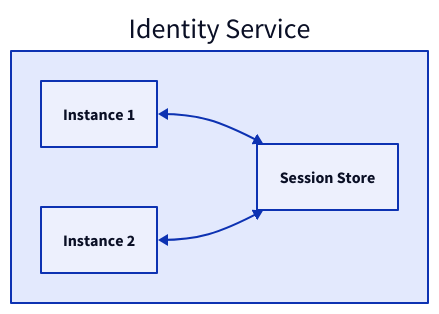
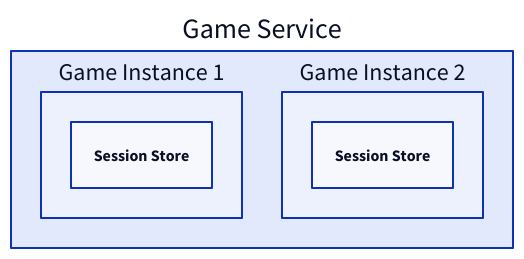
Before and after one commit to link1905/system-design-101: the third of 26 diagrams in content/docs/system-administration/system-protection/iam.md, drawn with D2. The commit also changed other lines of this file and 21 other files, not shown here.

````diff
--- a/content/docs/system-administration/system-protection/iam.md
+++ b/content/docs/system-administration/system-protection/iam.md
@@ -67,17 +85,14 @@
 ```d2
-direction: right
-
-s: Identity Service {
-  s1: Instance 1 {
-    class: server
+s: Game Service {
+  s1: Game Instance 1 {
+    s: Session Store {
+      class: cache
+    }
   }
-  s2: Instance 2 {
-    class: server
+  s2: Game Instance 2 {
+    s: Session Store {
+      class: cache
+    }
   }
-  ss: Session Store {
-    class: cache
-  }
-  s1 <-> ss
-  s2 <-> ss
 }
 ```
````
